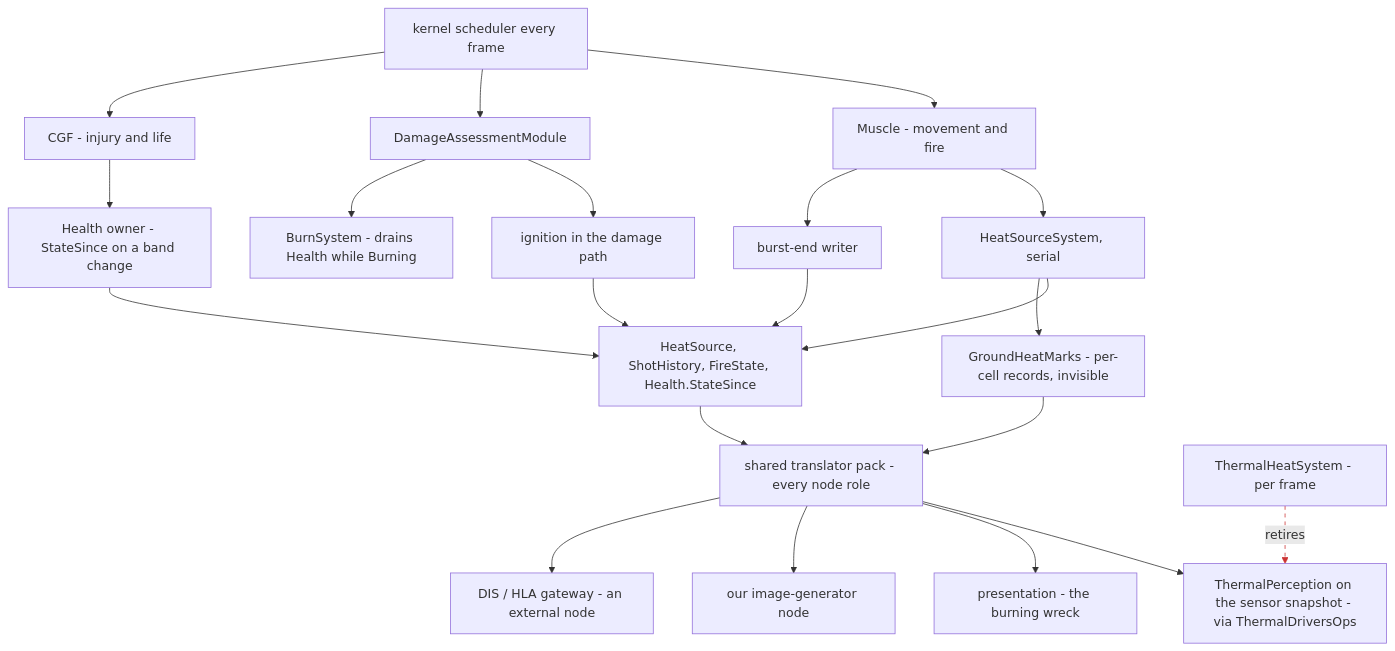
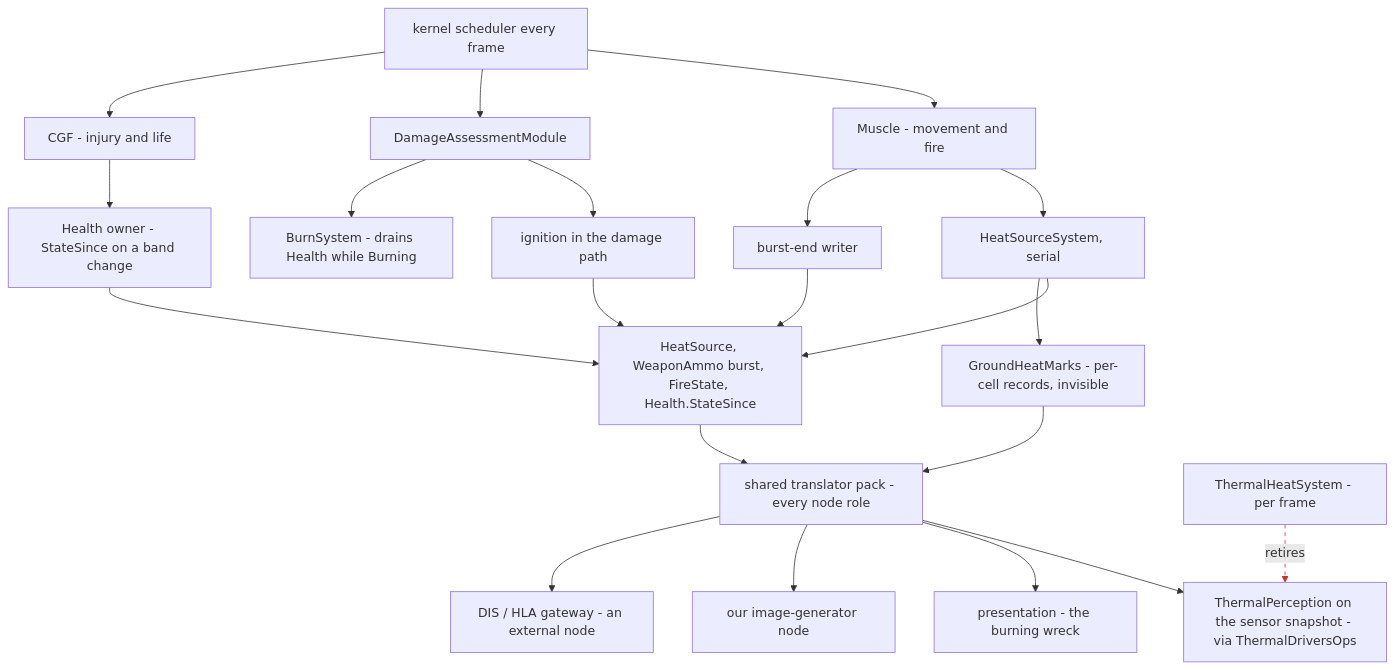
The third of 3 diagrams in docs/designs/thermal/DESIGN_Thermal_Drivers.md (pjanec/HROT), drawn with Mermaid before and after one commit. The commit also changed other lines of this file, not shown here.

First line of the commit message:
thermal drivers: the weapons' last burst goes into the existing WeaponAmmo (sampled Heat0..3 retire); no ShotHistory component (still not approved)

````diff
--- a/docs/designs/thermal/DESIGN_Thermal_Drivers.md
+++ b/docs/designs/thermal/DESIGN_Thermal_Drivers.md
@@ -301,24 +319,24 @@
 ```mermaid
 graph TD
   SCH[kernel scheduler every frame] --> MUS[Muscle - movement and fire]
   SCH --> DAM[DamageAssessmentModule]
   SCH --> CGF[CGF - injury and life]
   MUS --> PPS[HeatSourceSystem, serial]
   MUS --> BW[burst-end writer]
   DAM --> FW[ignition in the damage path]
   DAM --> BS[BurnSystem - drains Health while Burning]
   CGF --> LW[Health owner - StateSince on a band change]
-  PPS --> TD[HeatSource, ShotHistory, FireState, Health.StateSince]
+  PPS --> TD[HeatSource, WeaponAmmo burst, FireState, Health.StateSince]
   BW --> TD
   FW --> TD
   LW --> TD
   TD --> PACK[shared translator pack - every node role]
   PACK --> SENS[ThermalPerception on the sensor snapshot - via ThermalDriversOps]
   PACK --> FX[presentation - the burning wreck]
   PACK --> IG[our image-generator node]
   PACK --> GW[DIS / HLA gateway - an external node]
   PPS --> HM[GroundHeatMarks - per-cell records, invisible]
   HM --> PACK
   OLD[ThermalHeatSystem - per frame] -.retires.-> SENS
   linkStyle 19 stroke:#c33,stroke-dasharray: 5 5
 ```
````
